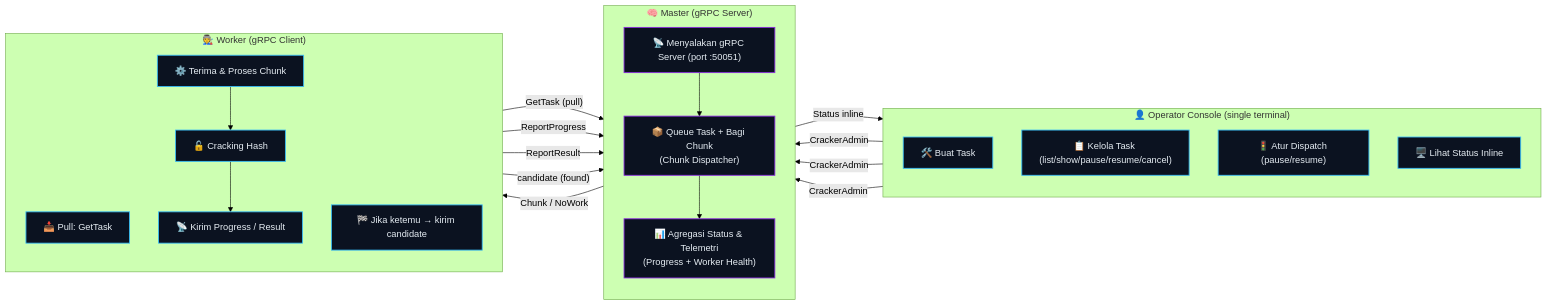
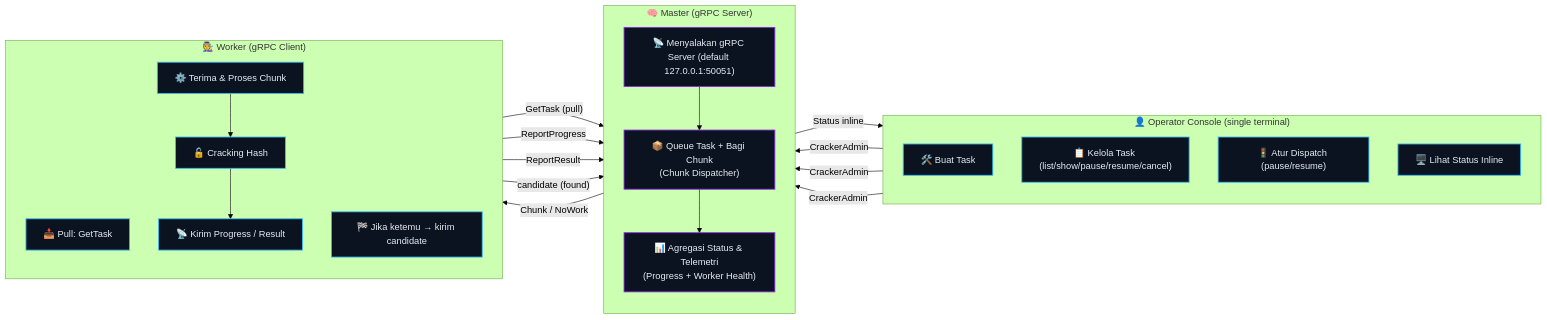
Before and after one commit to h0w1tzxr/Cerberus: the diagram in README.md, drawn with Mermaid (forest theme). The commit also changed other lines of this file and 33 other files, not shown here.

````diff
--- a/README.md
+++ b/README.md
@@ -443,51 +493,51 @@
 ```mermaid
 flowchart LR
   subgraph OP["👤 Operator Console (single terminal)"]
     direction TB
     OP1["🛠️ Buat Task"]
     OP3["📋 Kelola Task (list/show/pause/resume/cancel)"]
     OP4["🚦 Atur Dispatch (pause/resume)"]
     OP2["🖥️ Lihat Status Inline"]
   end
 
   subgraph MS["🧠 Master (gRPC Server)"]
     direction TB
-    MS1["📡 Menyalakan gRPC Server (port :50051)"]
+    MS1["📡 Menyalakan gRPC Server (default 127.0.0.1:50051)"]
     MS2["📦 Queue Task + Bagi Chunk\n(Chunk Dispatcher)"]
     MS3["📊 Agregasi Status & Telemetri\n(Progress + Worker Health)"]
   end
 
   subgraph WK["🧑‍🏭 Worker (gRPC Client)"]
     direction TB
     WK1["📥 Pull: GetTask"]
     WK2["⚙️ Terima & Proses Chunk"]
     WK3["🔓 Cracking Hash"]
     WK4["📡 Kirim Progress / Result"]
     WK5["🏁 Jika ketemu → kirim candidate"]
   end
 
   %% Operator plane
   OP1 -->|"CrackerAdmin"| MS1
   OP3 -->|"CrackerAdmin"| MS1
   OP4 -->|"CrackerAdmin"| MS1
   MS3 -->|"Status inline"| OP2
 
   %% Worker plane
   WK1 -->|"GetTask (pull)"| MS2
   MS2 -->|"Chunk / NoWork"| WK2
 
   WK2 --> WK3 --> WK4
   WK4 -->|"ReportProgress"| MS3
   WK4 -->|"ReportResult"| MS3
   WK5 -->|"candidate (found)"| MS3
 
   %% Internal master flow
   MS1 --> MS2 --> MS3
 
   %% Styling
   classDef card fill:#0b1220,stroke:#36bcf7,stroke-width:1.5px,color:#e6edf3;
   classDef soft fill:#0b1220,stroke:#8a2be2,stroke-width:1.5px,color:#e6edf3;
 
   class OP1,OP2,OP3,OP4,WK1,WK2,WK3,WK4,WK5 card;
   class MS1,MS2,MS3 soft;
 ```
````
